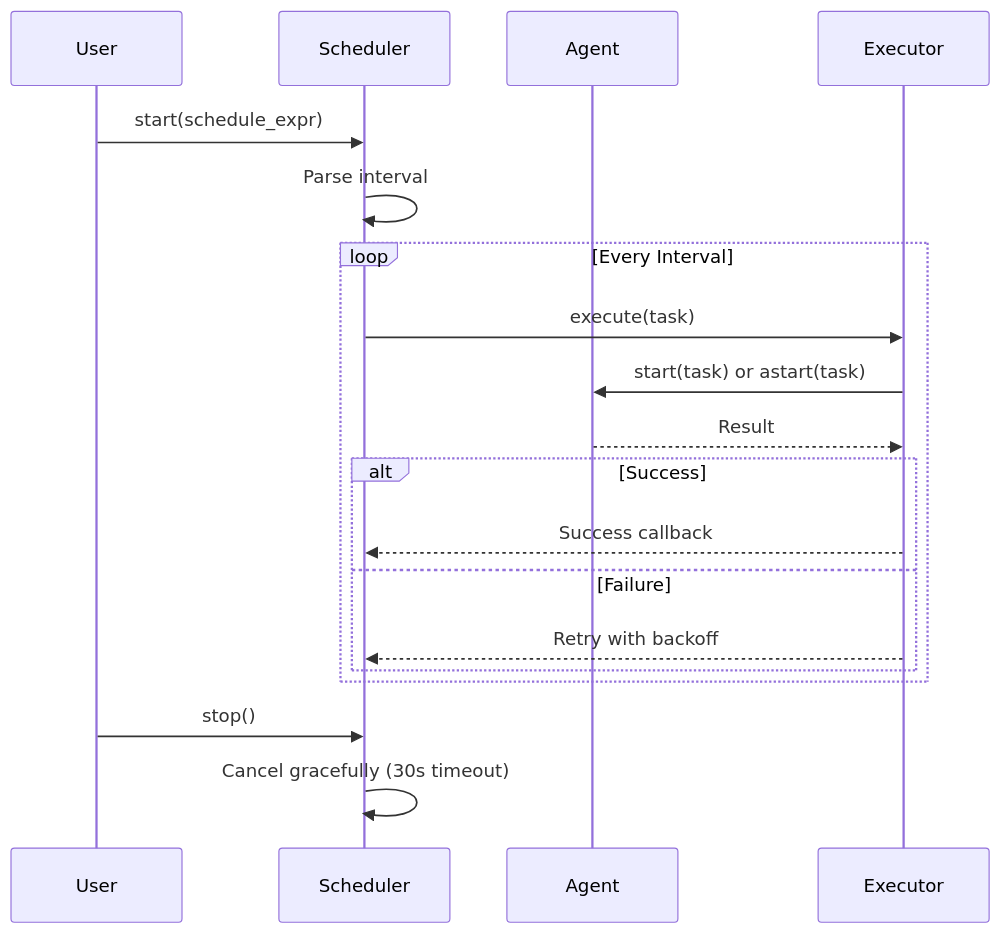
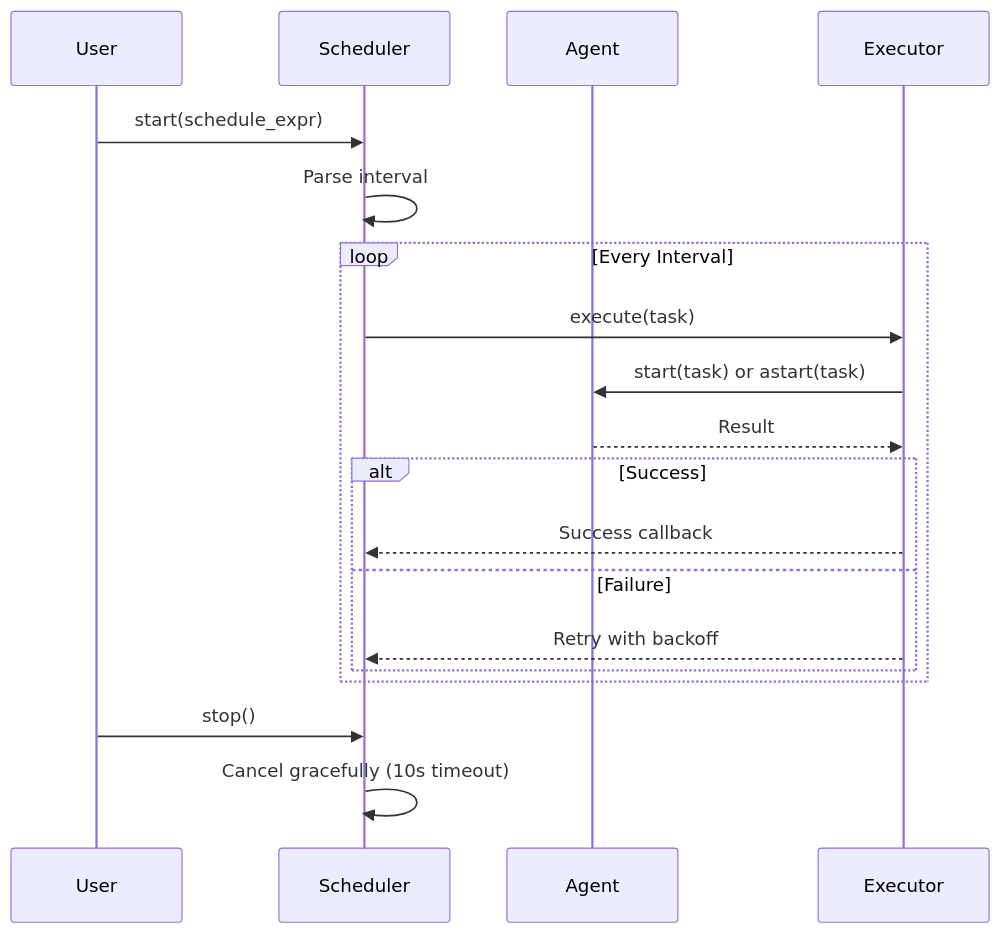
Before and after one commit to MervinPraison/PraisonAIDocs: the second of 3 diagrams in docs/features/async-agent-scheduler.mdx, drawn with Mermaid. The commit also changed other lines of this file and 1 other file, not shown here.

First line of the commit message:
docs: update AsyncAgentScheduler for exception-handling fixes + correct API drift (fixes #269)

````diff
--- a/docs/features/async-agent-scheduler.mdx
+++ b/docs/features/async-agent-scheduler.mdx
@@ -108,24 +108,24 @@
 ```mermaid
 sequenceDiagram
     participant User
     participant Scheduler
     participant Agent
     participant Executor
     
     User->>Scheduler: start(schedule_expr)
     Scheduler->>Scheduler: Parse interval
     
     loop Every Interval
         Scheduler->>Executor: execute(task)
         Executor->>Agent: start(task) or astart(task)
         Agent-->>Executor: Result
         alt Success
             Executor-->>Scheduler: Success callback
         else Failure
             Executor-->>Scheduler: Retry with backoff
         end
     end
     
     User->>Scheduler: stop()
-    Scheduler->>Scheduler: Cancel gracefully (30s timeout)
+    Scheduler->>Scheduler: Cancel gracefully (10s timeout)
 ```
````
